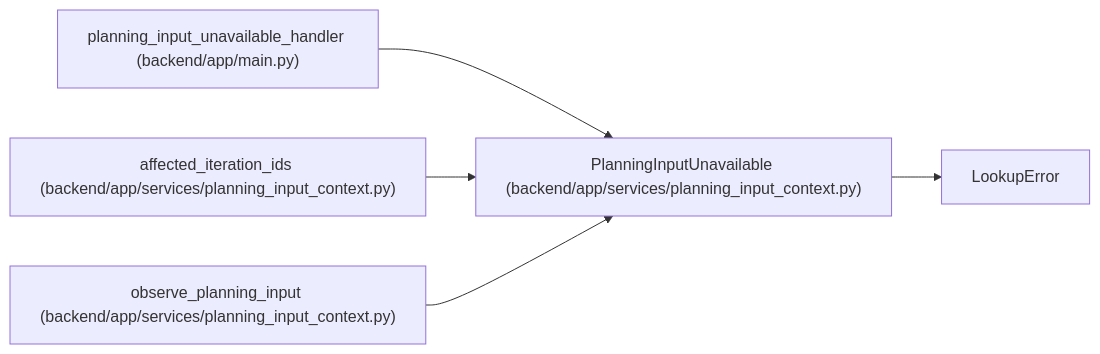
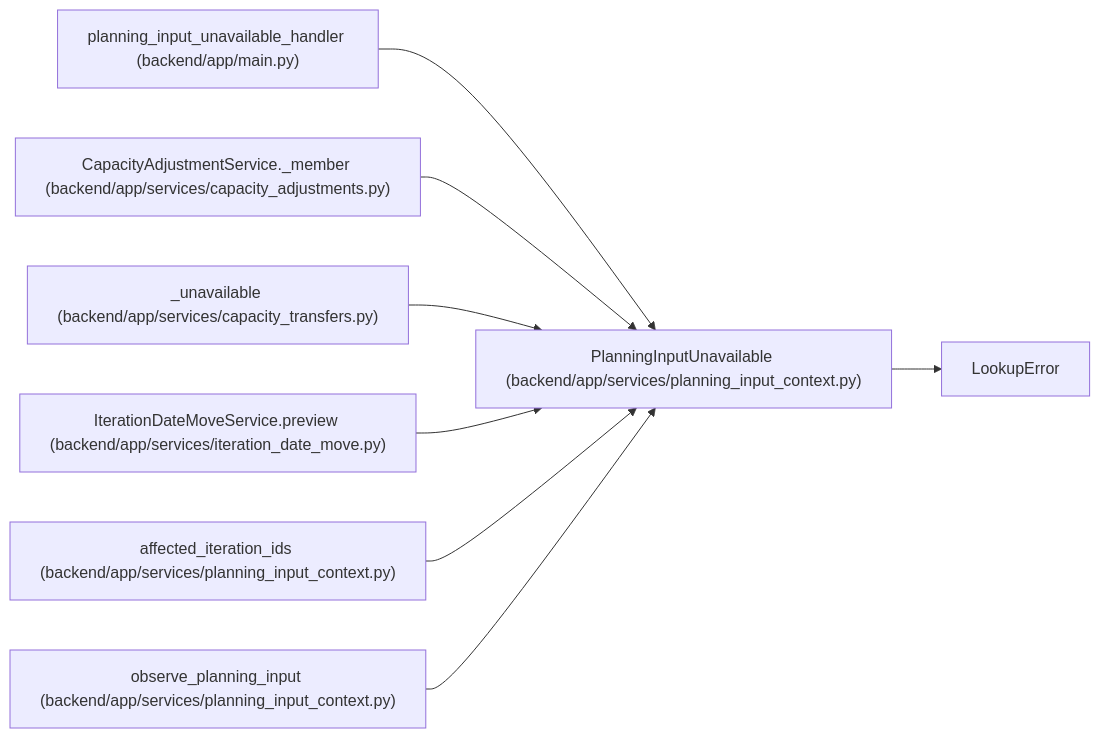
One commit to Denissvgn/WorkChord changed the diagram in docs/llm_wiki/entities/PlanningInputUnavailable.md. Above: the diagram before and after it, drawn with Mermaid. The commit also changed other lines of this file and 1817 other files, not shown here.

First line of the commit message:
Refresh the architectural wiki for the 1.9.0 changes

````diff
--- a/docs/llm_wiki/entities/PlanningInputUnavailable.md
+++ b/docs/llm_wiki/entities/PlanningInputUnavailable.md
@@ -23,16 +23,25 @@
 ```mermaid
 flowchart LR
     n0["PlanningInputUnavailable (backend/app/services/planning_input_context.py)"]
     n1["LookupError"]
     n2["planning_input_unavailable_handler (backend/app/main.py)"]
-    n3["affected_iteration_ids (backend/app/services/planning_input_context.py)"]
-    n4["observe_planning_input (backend/app/services/planning_input_context.py)"]
+    n3["CapacityAdjustmentService._member (backend/app/services/capacity_adjustments.py)"]
+    n4["_unavailable (backend/app/services/capacity_transfers.py)"]
+    n5["IterationDateMoveService.preview (backend/app/services/iteration_date_move.py)"]
+    n6["affected_iteration_ids (backend/app/services/planning_input_context.py)"]
+    n7["observe_planning_input (backend/app/services/planning_input_context.py)"]
     n0 --> n1
     n2 --> n0
     n3 --> n0
     n4 --> n0
+    n5 --> n0
+    n6 --> n0
+    n7 --> n0
     click n0 "../modules/planning_input_context.md"
     click n2 "../modules/app_main.md"
-    click n3 "../modules/planning_input_context.md"
-    click n4 "../modules/planning_input_context.md"
+    click n3 "../modules/capacity_adjustments.md"
+    click n4 "../modules/capacity_transfers.md"
+    click n5 "../modules/iteration_date_move.md"
+    click n6 "../modules/planning_input_context.md"
+    click n7 "../modules/planning_input_context.md"
 ```
````
